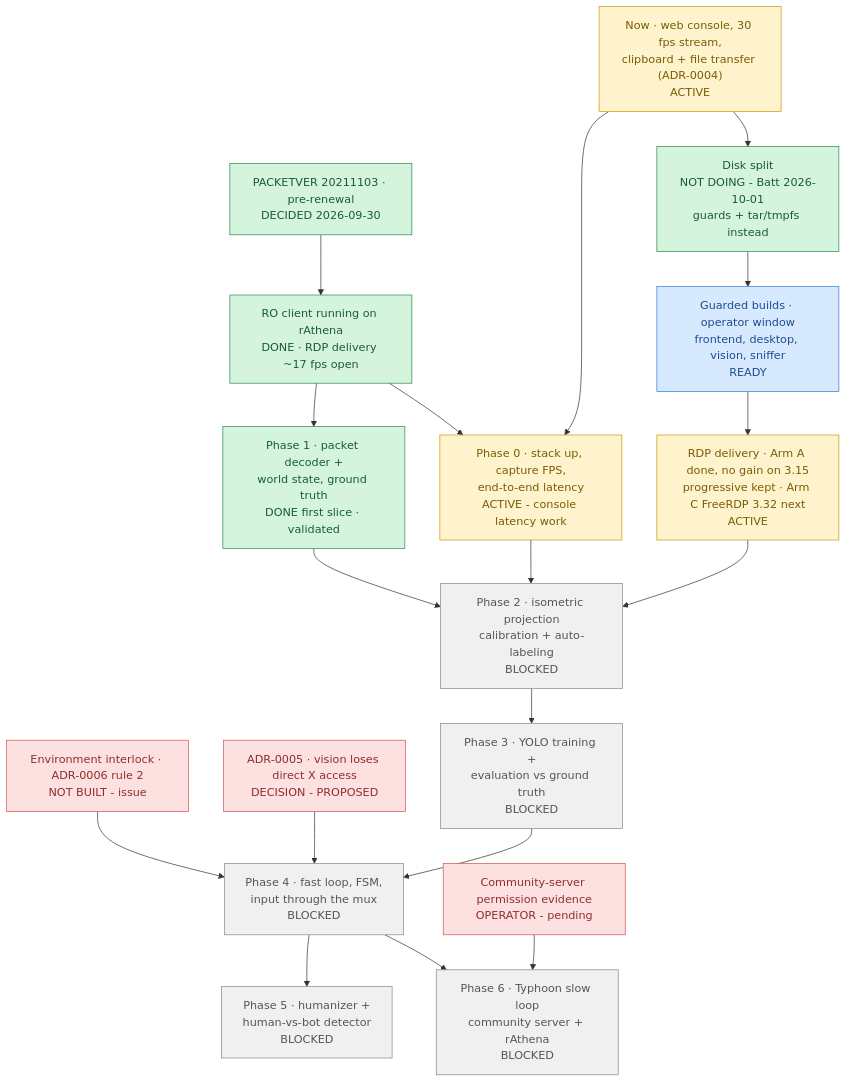
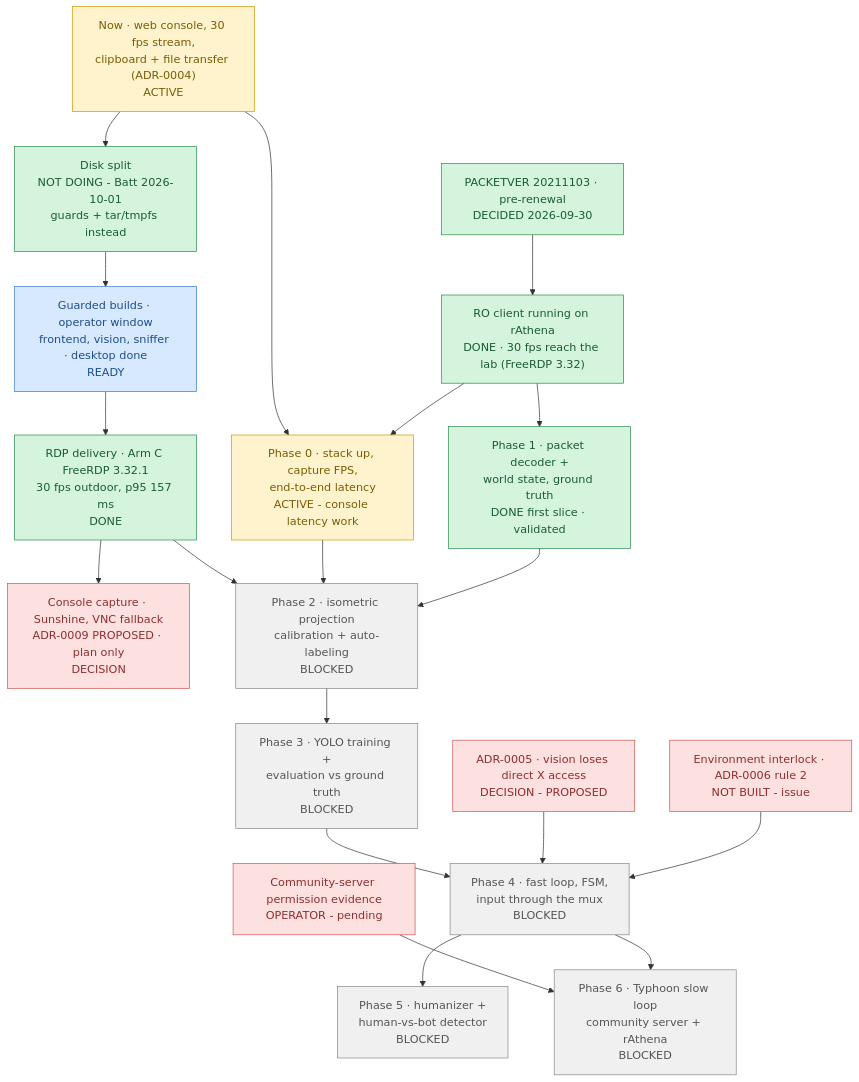
One commit to lumduan/poring-lab changed the diagram in docs/ROADMAP.md. Above: the diagram before and after it, drawn with Mermaid. The commit also changed other lines of this file and 7 other files, not shown here.

First line of the commit message:
docs: Arm C results -- FreeRDP 3.32.1 kept with progressive; ADR-0004 amendment (b)

````diff
--- a/docs/ROADMAP.md
+++ b/docs/ROADMAP.md
@@ -11,48 +11,50 @@
 ```mermaid
 flowchart TD
     N1["Now · web console, 30 fps stream,<br/>clipboard + file transfer (ADR-0004)<br/>ACTIVE"]
     N2["Disk split<br/>NOT DOING - Batt 2026-10-01<br/>guards + tar/tmpfs instead"]
-    N3["Guarded builds · operator window<br/>frontend, desktop, vision, sniffer<br/>READY"]
+    N3["Guarded builds · operator window<br/>frontend, vision, sniffer · desktop done<br/>READY"]
     D1["PACKETVER 20211103 · pre-renewal<br/>DECIDED 2026-09-30"]
-    S1["RO client running on rAthena<br/>DONE · RDP delivery ~17 fps open"]
+    S1["RO client running on rAthena<br/>DONE · 30 fps reach the lab (FreeRDP 3.32)"]
     D2["ADR-0005 · vision loses direct X access<br/>DECISION - PROPOSED"]
     D3["Environment interlock · ADR-0006 rule 2<br/>NOT BUILT - issue"]
     E1["Community-server permission evidence<br/>OPERATOR - pending"]
     P0["Phase 0 · stack up, capture FPS,<br/>end-to-end latency<br/>ACTIVE - console latency work"]
     P1["Phase 1 · packet decoder +<br/>world state, ground truth<br/>DONE first slice · validated"]
-    H1["RDP delivery · Arm A done, no gain on 3.15<br/>progressive kept · Arm C FreeRDP 3.32 next<br/>ACTIVE"]
+    H1["RDP delivery · Arm C FreeRDP 3.32.1<br/>30 fps outdoor, p95 157 ms<br/>DONE"]
+    C1["Console capture · Sunshine, VNC fallback<br/>ADR-0009 PROPOSED · plan only<br/>DECISION"]
     P2["Phase 2 · isometric projection<br/>calibration + auto-labeling<br/>BLOCKED"]
     P3["Phase 3 · YOLO training +<br/>evaluation vs ground truth<br/>BLOCKED"]
     P4["Phase 4 · fast loop, FSM,<br/>input through the mux<br/>BLOCKED"]
     P5["Phase 5 · humanizer +<br/>human-vs-bot detector<br/>BLOCKED"]
     P6["Phase 6 · Typhoon slow loop<br/>community server + rAthena<br/>BLOCKED"]
 
     N1 --> N2 --> N3
     N3 --> H1
+    H1 --> C1
     H1 --> P2
     D1 --> S1
     N1 --> P0
     S1 --> P0
     S1 --> P1
     P0 --> P2
     P1 --> P2
     P2 --> P3 --> P4
     D2 --> P4
     D3 --> P4
     E1 --> P6
     P4 --> P5
     P4 --> P6
 
     classDef done     fill:#d4f4dd,stroke:#2d8a4e,color:#1a5c33
     classDef active   fill:#fff3cd,stroke:#cc9a06,color:#7a5c04
     classDef ready    fill:#d6e9ff,stroke:#3b7dd8,color:#1e4d8f
     classDef blocked  fill:#f0f0f0,stroke:#888,color:#555
     classDef decision fill:#fde0e0,stroke:#d05555,color:#8f2e2e
     classDef goal     fill:#ede0fb,stroke:#8a5cd8,color:#4d2e8f
 
-    class D1,S1,P1,N2 done
-    class N1,P0,H1 active
+    class D1,S1,P1,N2,H1 done
+    class N1,P0 active
     class N3 ready
-    class D2,D3,E1 decision
+    class D2,D3,E1,C1 decision
     class P2,P3,P4,P5,P6 blocked
 ```
````
